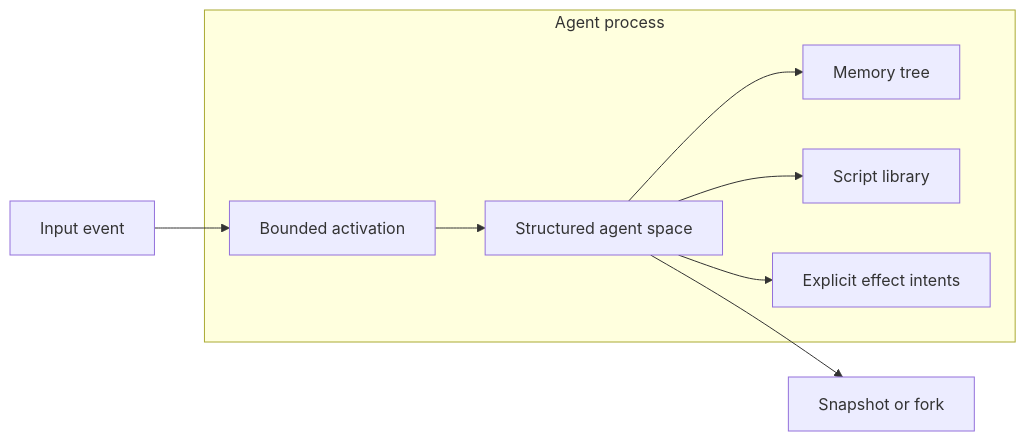
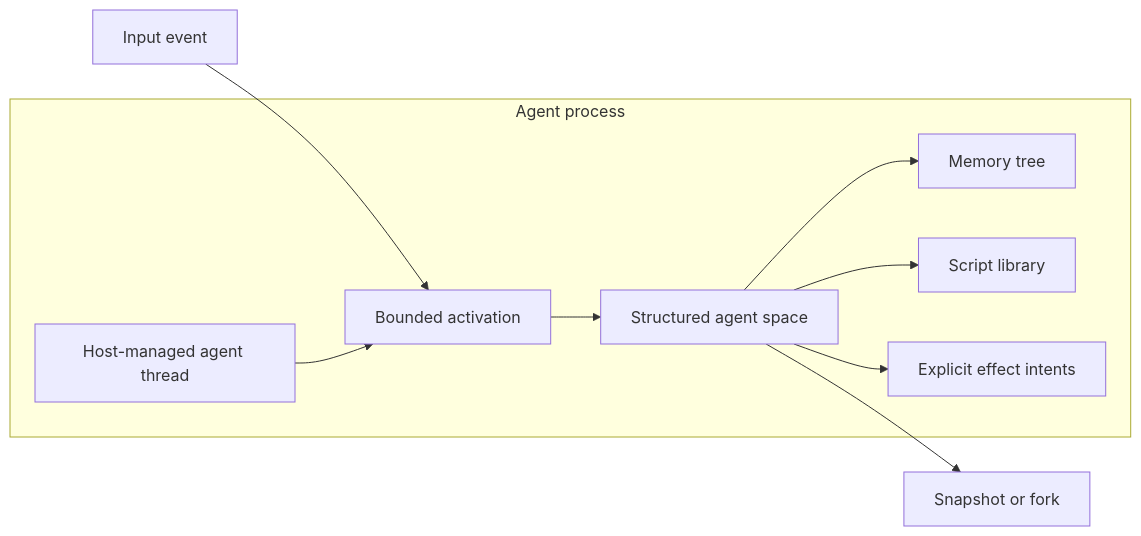
One commit to everruns/svit changed the diagram in docs/vision.md. Above: the diagram before and after it, drawn with Mermaid. The commit also changed other lines of this file and 27 other files, not shown here.

````diff
--- a/docs/vision.md
+++ b/docs/vision.md
@@ -34,11 +35,12 @@
 ```mermaid
 flowchart LR
     Event["Input event"] --> Activation["Bounded activation"]
     subgraph Process["Agent process"]
+        Thread["Host-managed agent thread"] --> Activation
         Activation --> Space["Structured agent space"]
         Space --> Memory["Memory tree"]
         Space --> Scripts["Script library"]
         Space --> Effects["Explicit effect intents"]
     end
     Space --> Snapshot["Snapshot or fork"]
 ```
````
